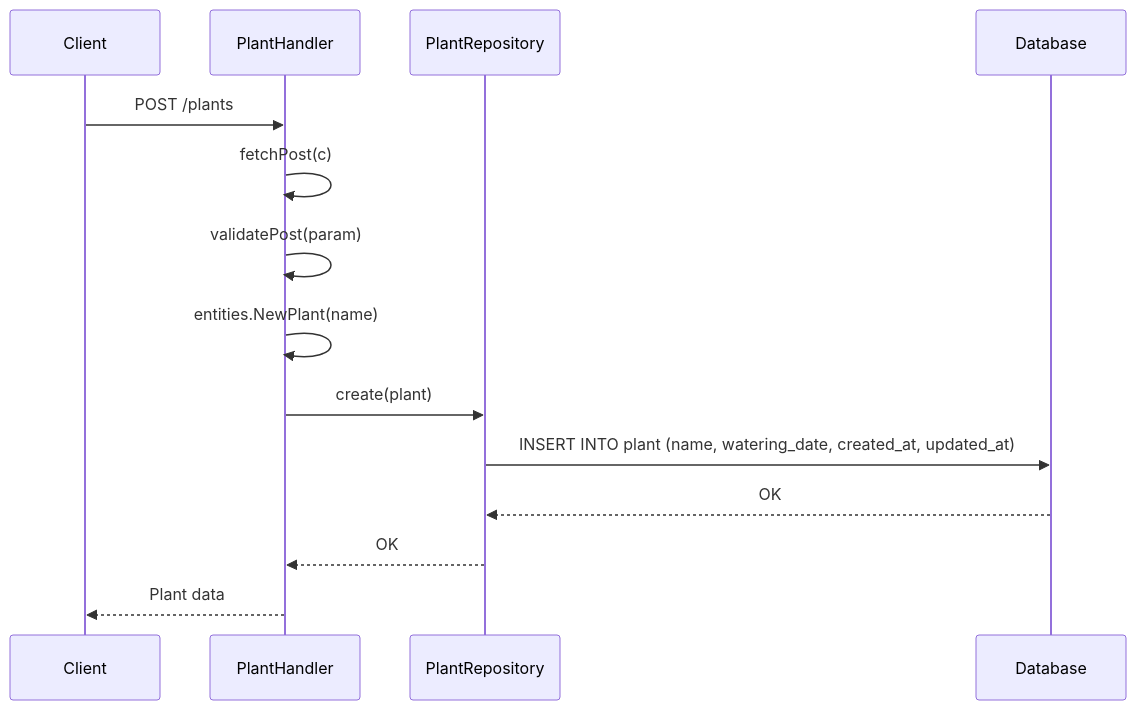
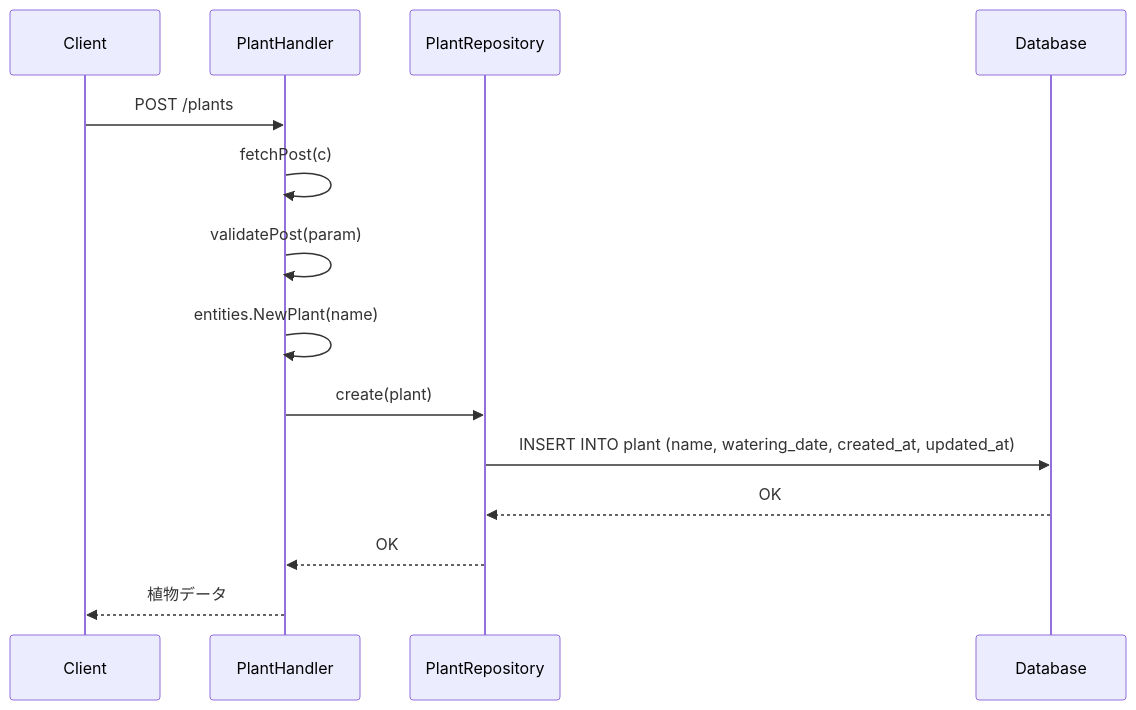
One commit to tky1645/agent-test changed the sixth of 8 diagrams in README.md. Above: the diagram before and after it, drawn with Mermaid. The commit also changed other lines of this file, not shown here.

````diff
--- a/README.md
+++ b/README.md
@@ -232,17 +232,17 @@
 ```mermaid
 sequenceDiagram
-    participant Client
-    participant PlantHandler
-    participant PlantRepository
-    participant Database
+    participant クライアント as Client
+    participant 植物ハンドラー as PlantHandler
+    participant 植物リポジトリ as PlantRepository
+    participant データベース as Database
 
-    Client->>PlantHandler: POST /plants
-    PlantHandler->>PlantHandler: fetchPost(c)
-    PlantHandler->>PlantHandler: validatePost(param)
-    PlantHandler->>PlantHandler: entities.NewPlant(name)
-    PlantHandler->>PlantRepository: create(plant)
-    PlantRepository->>Database: INSERT INTO plant (name, watering_date, created_at, updated_at)
-    Database-->>PlantRepository: OK
-    PlantRepository-->>PlantHandler: OK
-    PlantHandler-->>Client: Plant data
+    クライアント->>植物ハンドラー: POST /plants
+    植物ハンドラー->>植物ハンドラー: fetchPost(c)
+    植物ハンドラー->>植物ハンドラー: validatePost(param)
+    植物ハンドラー->>植物ハンドラー: entities.NewPlant(name)
+    植物ハンドラー->>植物リポジトリ: create(plant)
+    植物リポジトリ->>データベース: INSERT INTO plant (name, watering_date, created_at, updated_at)
+    データベース-->>植物リポジトリ: OK
+    植物リポジトリ-->>植物ハンドラー: OK
+    植物ハンドラー-->>クライアント: 植物データ
 ```
````
